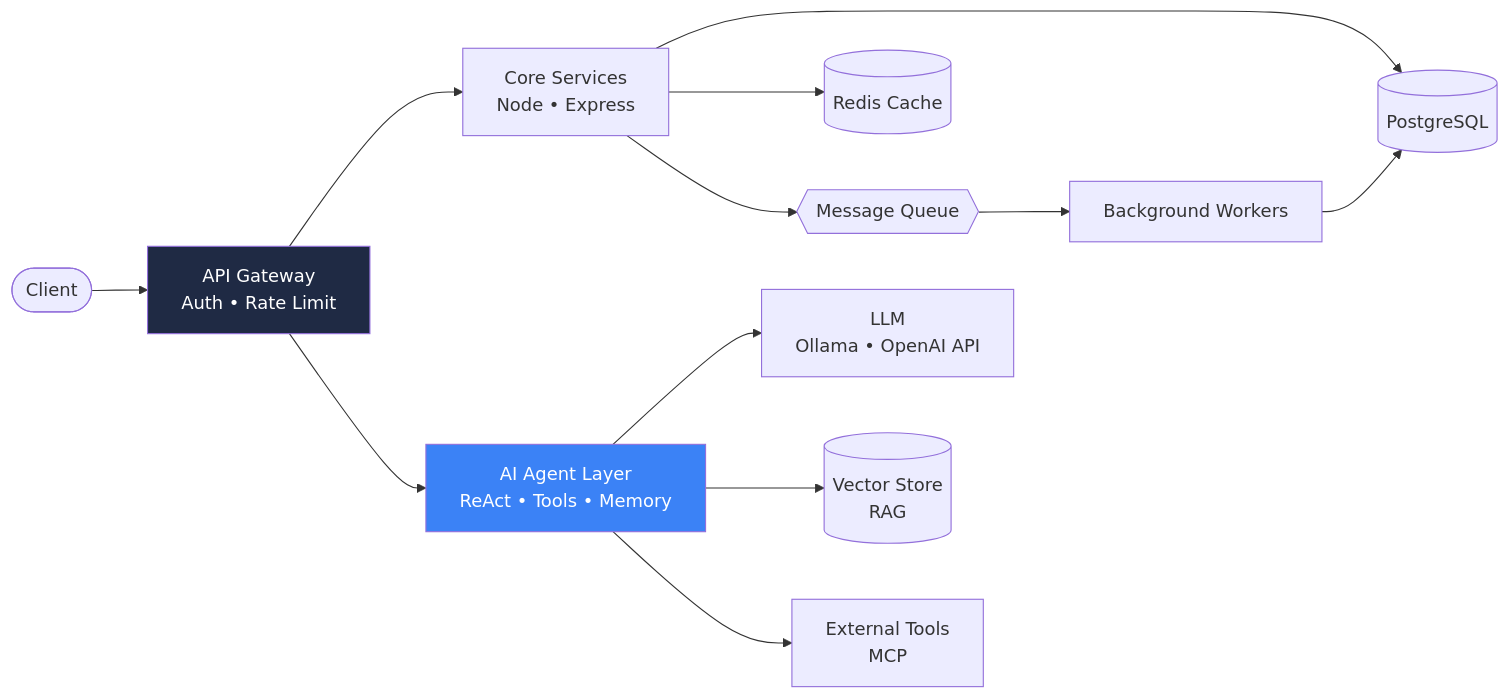
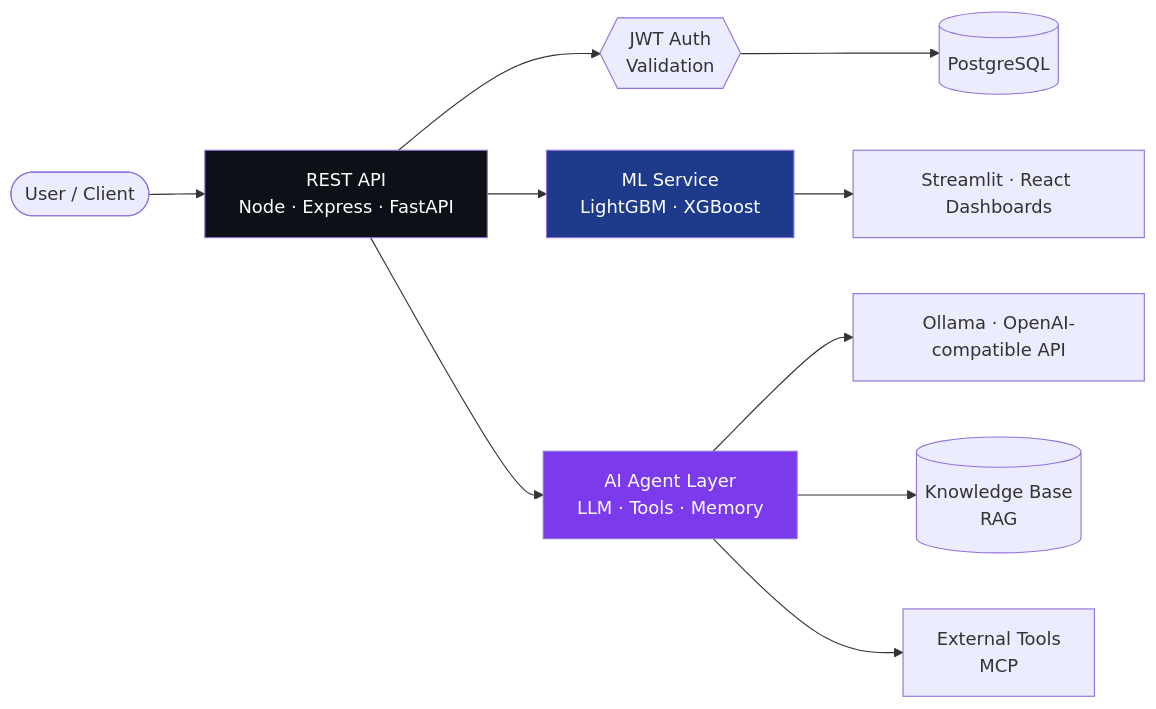
The diagram in README.md (Abhi-code15/Abhi-code15), drawn with Mermaid before and after one commit. The commit also changed other lines of this file, not shown here.

````diff
--- a/README.md
+++ b/README.md
@@ -37,16 +37,15 @@
 ```mermaid
 flowchart LR
-    C([Client]) --> G[API Gateway<br/>Auth • Rate Limit]
-    G --> S1[Core Services<br/>Node • Express]
-    G --> A[AI Agent Layer<br/>ReAct • Tools • Memory]
-    S1 --> DB[(PostgreSQL)]
-    S1 --> R[(Redis Cache)]
-    S1 --> Q{{Message Queue}}
-    A --> L[LLM<br/>Ollama • OpenAI API]
-    A --> V[(Vector Store<br/>RAG)]
-    A --> T[External Tools<br/>MCP]
-    Q --> W[Background Workers]
-    W --> DB
-    style A fill:#3b82f6,color:#fff
-    style G fill:#1f2a44,color:#fff
+    U([User / Client]) --> API[REST API<br/>Node · Express · FastAPI]
+    API --> AUTH{{JWT Auth<br/>Validation}}
+    AUTH --> DB[(PostgreSQL)]
+    API --> ML[ML Service<br/>LightGBM · XGBoost]
+    API --> AG[AI Agent Layer<br/>LLM · Tools · Memory]
+    AG --> LLM[Ollama · OpenAI-compatible API]
+    AG --> RAG[(Knowledge Base<br/>RAG)]
+    AG --> MCP[External Tools<br/>MCP]
+    ML --> DASH[Streamlit · React Dashboards]
+    style AG fill:#7c3aed,color:#fff
+    style ML fill:#1e3a8a,color:#fff
+    style API fill:#0d1117,color:#fff
 ```
````
